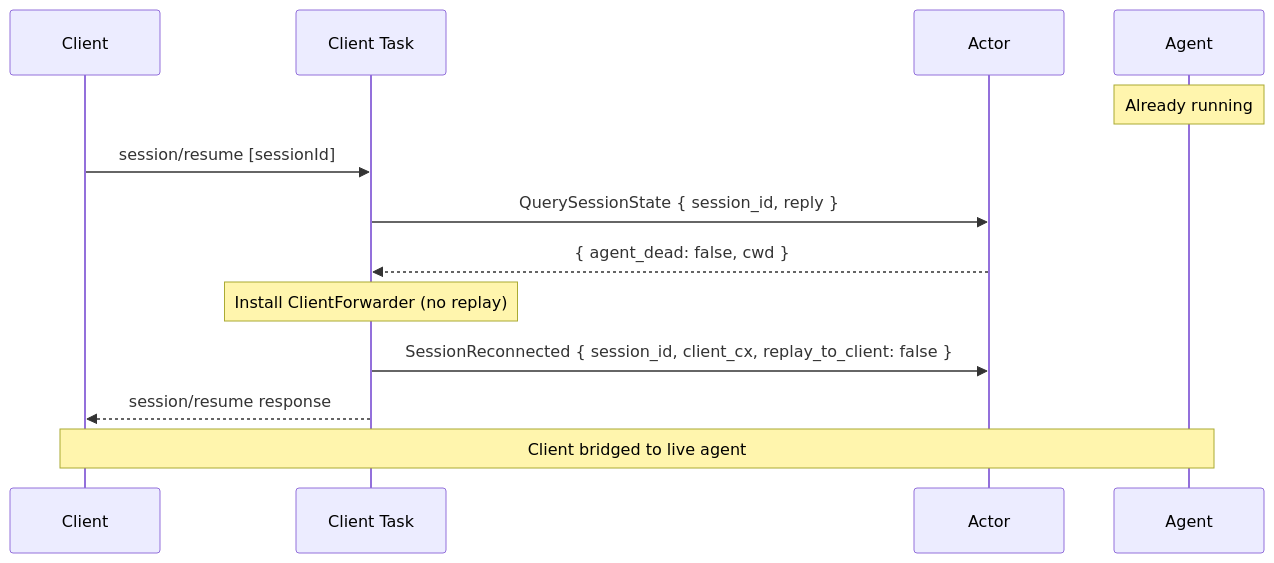
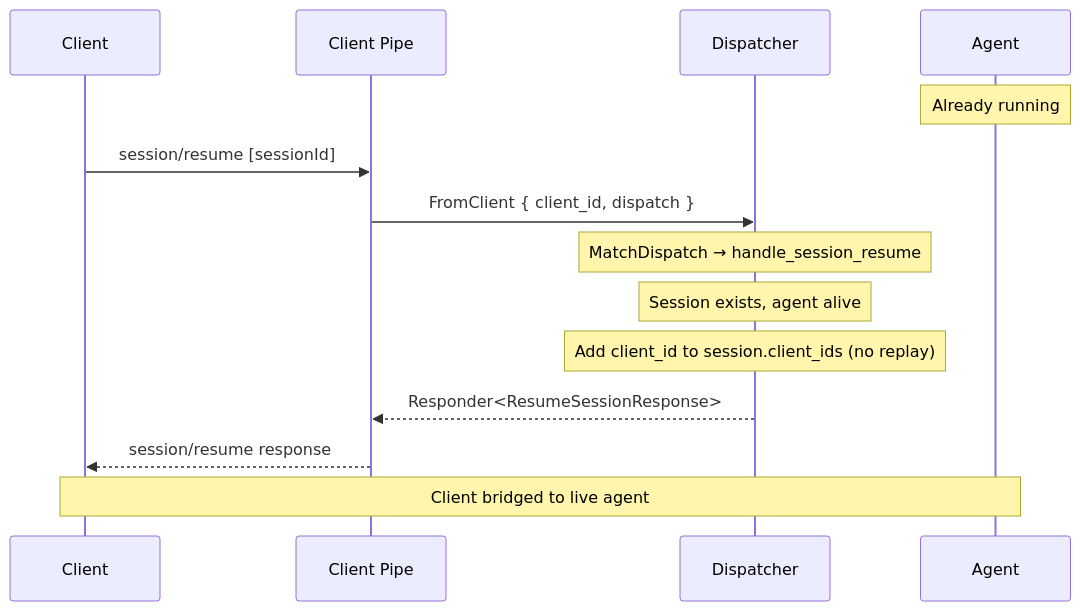
The third of 3 diagrams in md/design/flow-reconnect.md (sparkle-ai-space/jamsession), drawn with Mermaid before and after one commit. The commit also changed other lines of this file and 9 other files, not shown here.

First line of the commit message:
docs: rewrite design docs to match dispatcher refactor

````diff
--- a/md/design/flow-reconnect.md
+++ b/md/design/flow-reconnect.md
@@ -66,18 +73,19 @@
 ```mermaid
 sequenceDiagram
     participant C as Client
-    participant CT as Client Task
-    participant A as Actor
+    participant CP as Client Pipe
+    participant D as Dispatcher
     participant Ag as Agent
 
     Note over Ag: Already running
 
-    C->>CT: session/resume [sessionId]
-    CT->>A: QuerySessionState { session_id, reply }
-    A-->>CT: { agent_dead: false, cwd }
-    Note over CT: Install ClientForwarder (no replay)
-    CT->>A: SessionReconnected { session_id, client_cx, replay_to_client: false }
-    CT-->>C: session/resume response
+    C->>CP: session/resume [sessionId]
+    CP->>D: FromClient { client_id, dispatch }
+    Note over D: MatchDispatch → handle_session_resume
+    Note over D: Session exists, agent alive
+    Note over D: Add client_id to session.client_ids (no replay)
+    D-->>CP: Responder<ResumeSessionResponse>
+    CP-->>C: session/resume response
 
     Note over C,Ag: Client bridged to live agent
 ```
````
